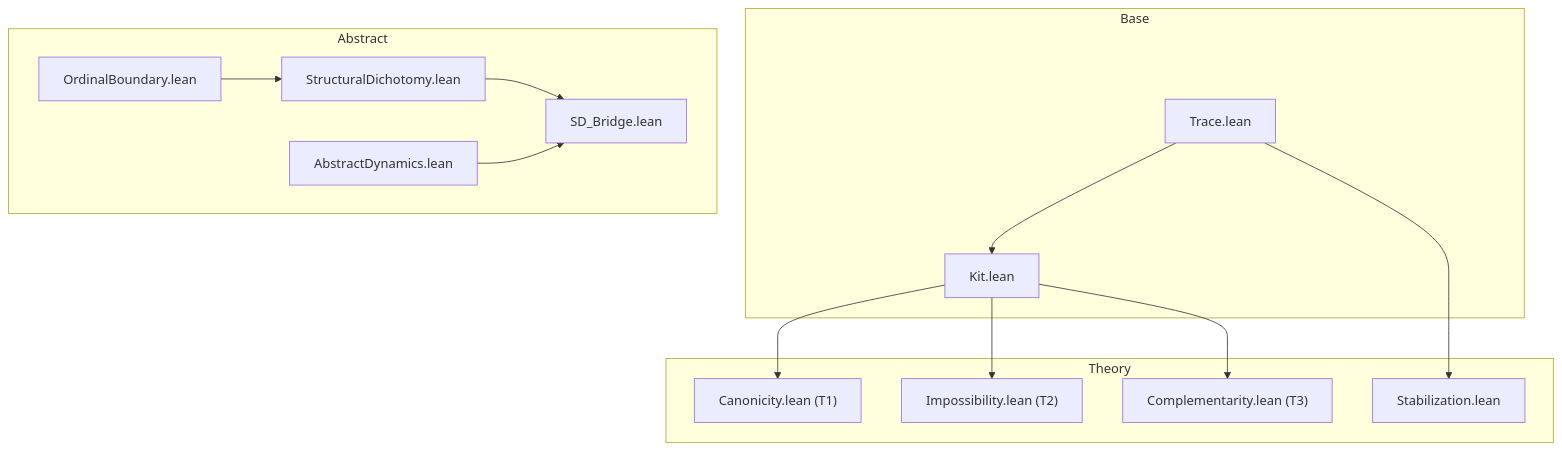
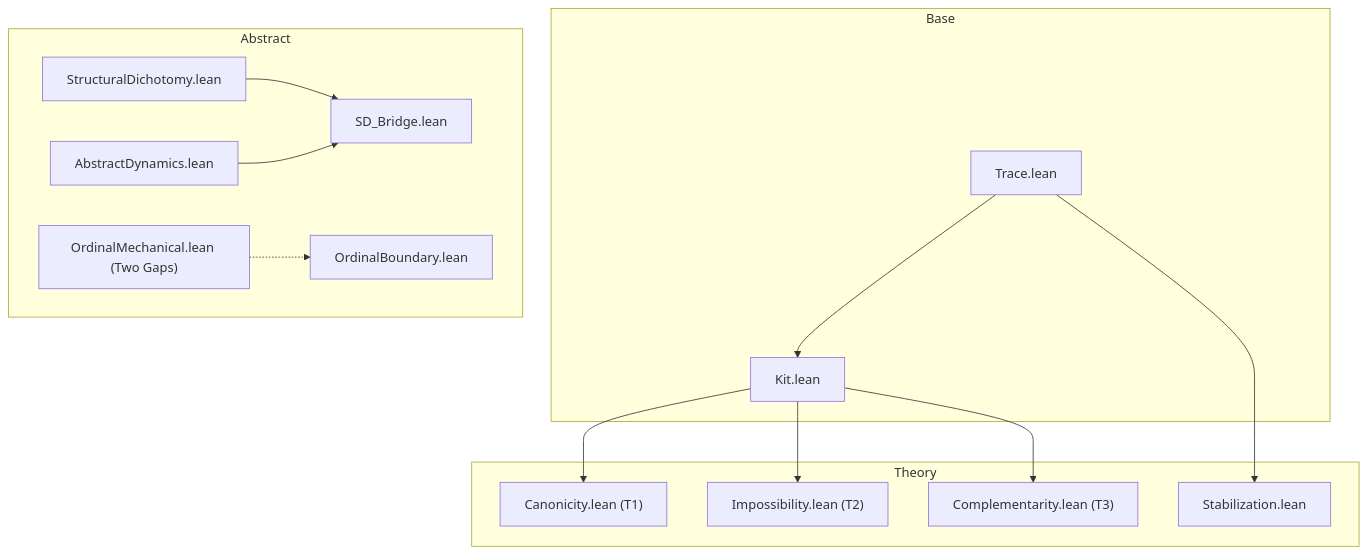
One commit to JohnDoe-collab-stack/RevHalt changed the diagram in docs/overview.md. Above: the diagram before and after it, drawn with Mermaid. The commit also changed 5 other files, not shown here.

````diff
--- a/docs/overview.md
+++ b/docs/overview.md
@@ -57,27 +57,28 @@
 ```mermaid
 graph TD
     subgraph Base
         Trace["Trace.lean"]
         Kit["Kit.lean"]
     end
     subgraph Theory
         Canon["Canonicity.lean (T1)"]
         Imposs["Impossibility.lean (T2)"]
         Compl["Complementarity.lean (T3)"]
         Stabil["Stabilization.lean"]
     end
     subgraph Abstract
         SD["StructuralDichotomy.lean"]
         AD["AbstractDynamics.lean"]
         Bridge["SD_Bridge.lean"]
+        OM["OrdinalMechanical.lean (Two Gaps)"]
         OB["OrdinalBoundary.lean"]
     end
     Trace --> Kit
     Kit --> Canon
     Kit --> Imposs
     Kit --> Compl
     Trace --> Stabil
     SD --> Bridge
     AD --> Bridge
-    OB --> SD
+    OM -.-> OB
 ```
````
